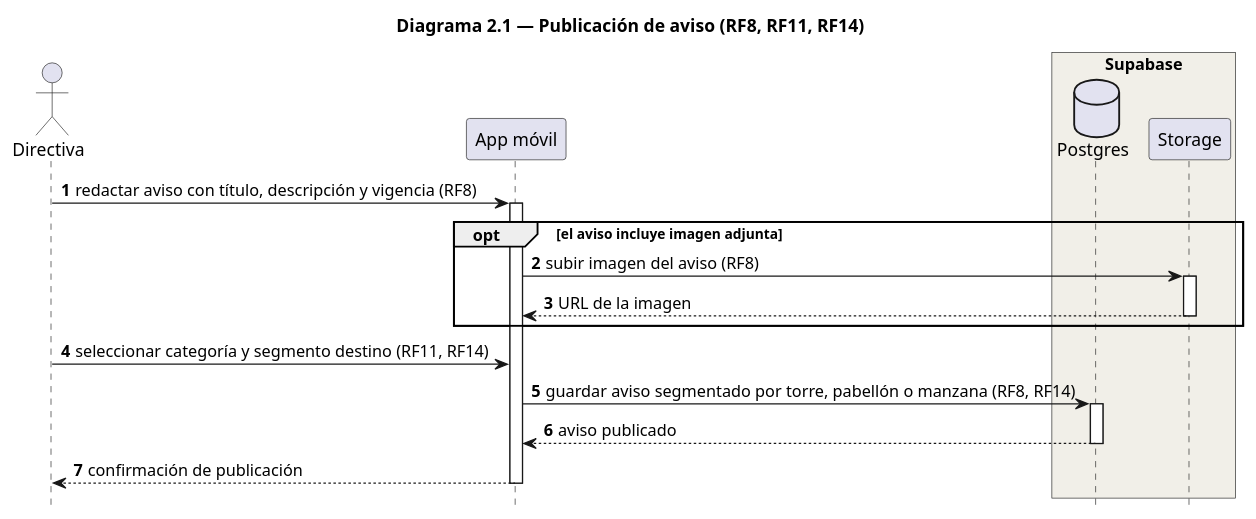
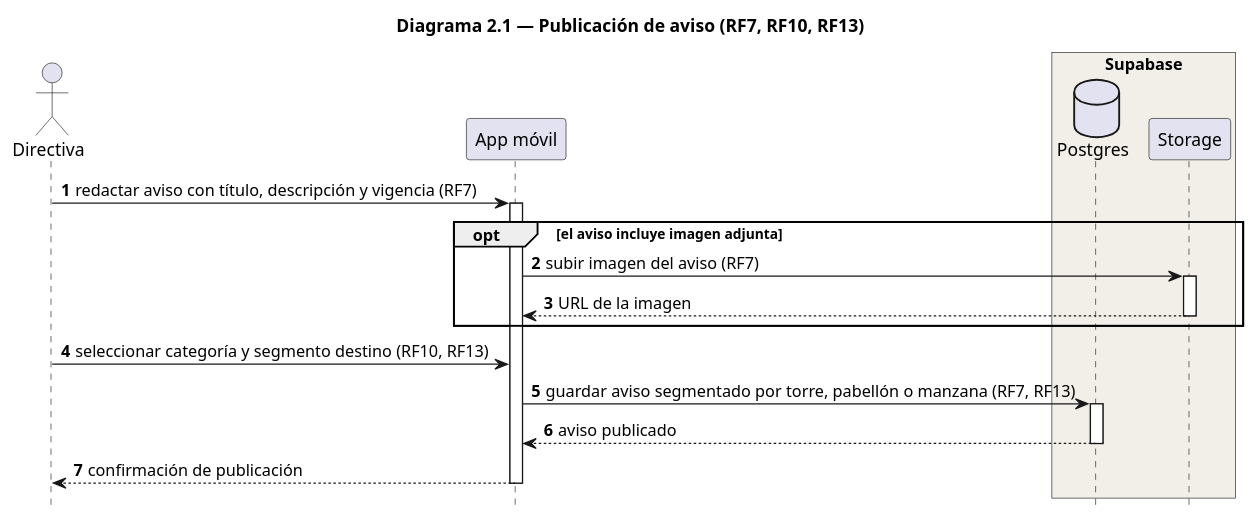
One commit to liusamfung/neighborgood-project changed the diagram in docs/Arquitectura/secuencia/diagrama2_1_publicacionAviso.puml. Above: the diagram before and after it, drawn with PlantUML. The commit also changed 10 other files, not shown here.

First line of the commit message:
Renumera los RF de 1 a 31 en los diagramas de secuencia

```diff
--- a/docs/Arquitectura/secuencia/diagrama2_1_publicacionAviso.puml
+++ b/docs/Arquitectura/secuencia/diagrama2_1_publicacionAviso.puml
@@ -1,32 +1,32 @@
 @startuml Diagrama2_1_PublicacionAviso
-title Diagrama 2.1 — Publicación de aviso (RF8, RF11, RF14)
+title Diagrama 2.1 — Publicación de aviso (RF7, RF10, RF13)
 
 hide footbox
 autonumber
 
 actor "Directiva" as DIR
 participant "App móvil" as APP
 
 box "Supabase" #F1EFE8
     database "Postgres" as DB
     participant "Storage" as ST
 end box
 
-DIR -> APP : redactar aviso con título, descripción y vigencia (RF8)
+DIR -> APP : redactar aviso con título, descripción y vigencia (RF7)
 activate APP
 
 opt el aviso incluye imagen adjunta
-    APP -> ST : subir imagen del aviso (RF8)
+    APP -> ST : subir imagen del aviso (RF7)
     activate ST
     ST --> APP : URL de la imagen
     deactivate ST
 end
 
-DIR -> APP : seleccionar categoría y segmento destino (RF11, RF14)
-APP -> DB : guardar aviso segmentado por torre, pabellón o manzana (RF8, RF14)
+DIR -> APP : seleccionar categoría y segmento destino (RF10, RF13)
+APP -> DB : guardar aviso segmentado por torre, pabellón o manzana (RF7, RF13)
 activate DB
 DB --> APP : aviso publicado
 deactivate DB
 APP --> DIR : confirmación de publicación
 deactivate APP
 @enduml
```
